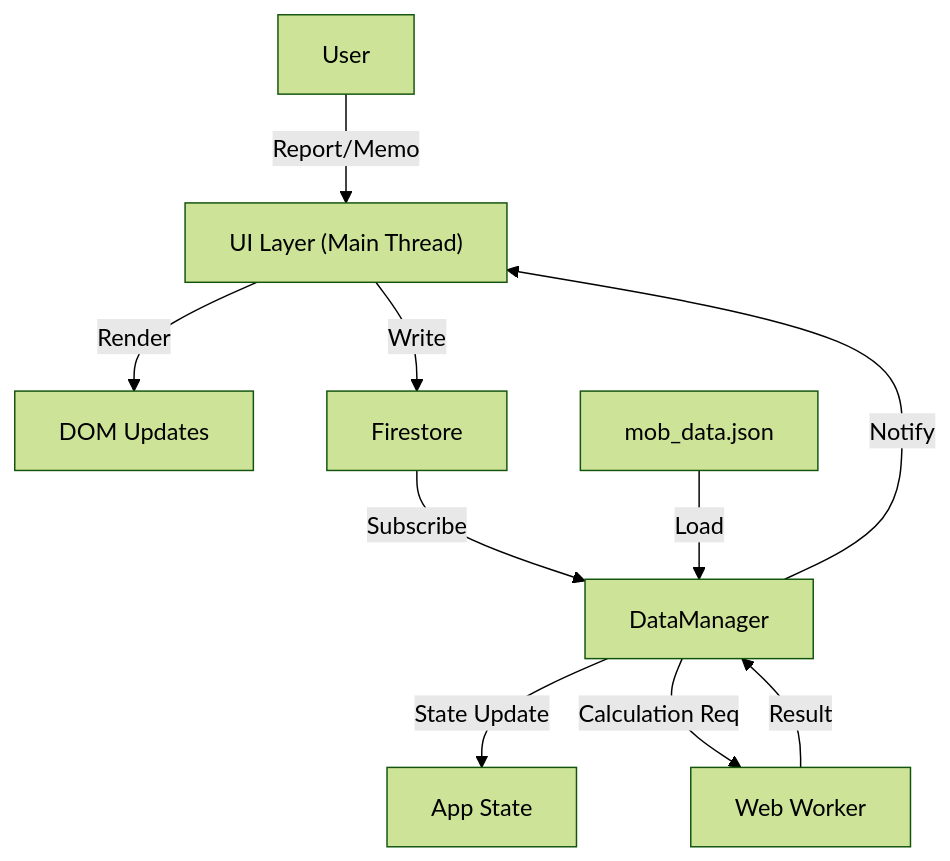
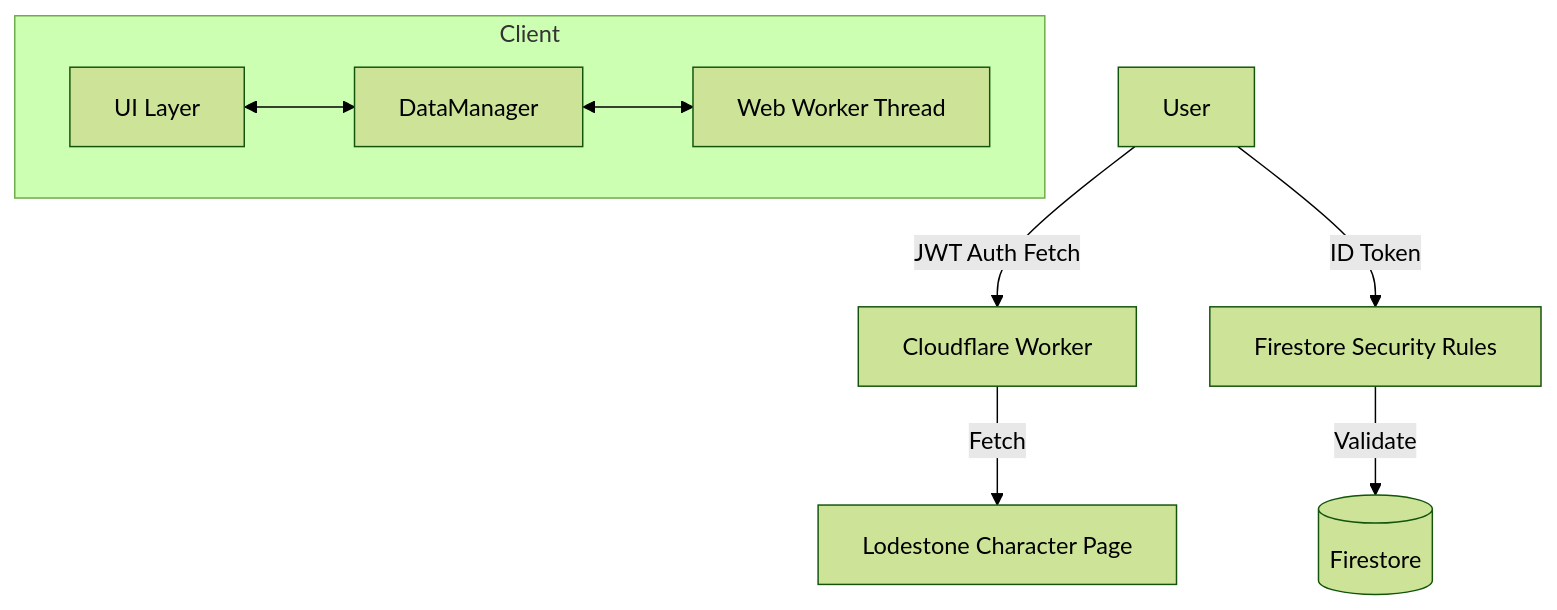
Before and after one commit to thehuntifrit/The-Hunt: the diagram in specification.md, drawn with Mermaid (forest theme). The commit also changed other lines of this file, not shown here.

````diff
--- a/specification.md
+++ b/specification.md
@@ -26,14 +24,13 @@
 ```mermaid
 graph TD
-    User[User] -->|Report/Memo| UI["UI Layer (Main Thread)"]
-    UI -->|Render| DOM[DOM Updates]
-    UI -->|Write| FS[Firestore]
+    User[User] -->|JWT Auth Fetch| Worker[Cloudflare Worker]
+    Worker -->|Fetch| Lodestone[Lodestone Character Page]
     
-    FS -->|Subscribe| DM[DataManager]
-    DM -->|State Update| State[App State]
-    DM -->|Calculation Req| Worker[Web Worker]
-    Worker -->|Result| DM
-    DM -->|Notify| UI
+    User -->|ID Token| FS[Firestore Security Rules]
+    FS -->|Validate| DB[(Firestore)]
     
-    Static[mob_data.json] -->|Load| DM
+    subgraph Client
+        UI[UI Layer] <--> DM[DataManager]
+        DM <--> WorkerThread[Web Worker Thread]
+    end
 ```
````
